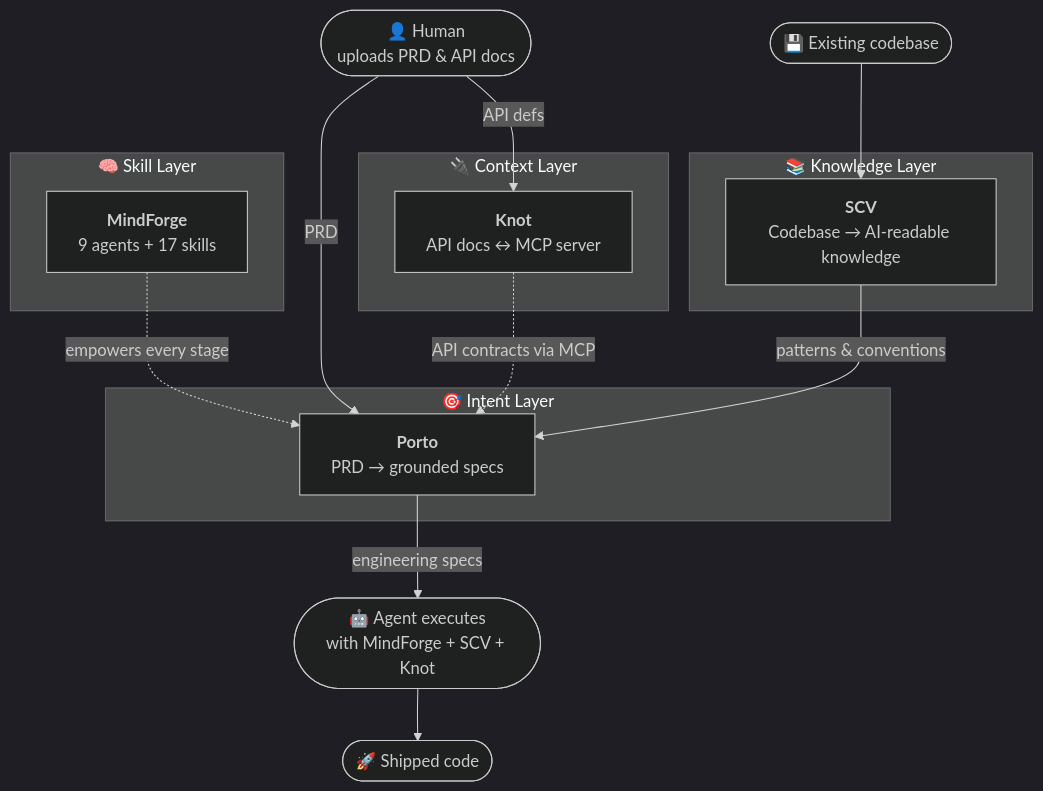
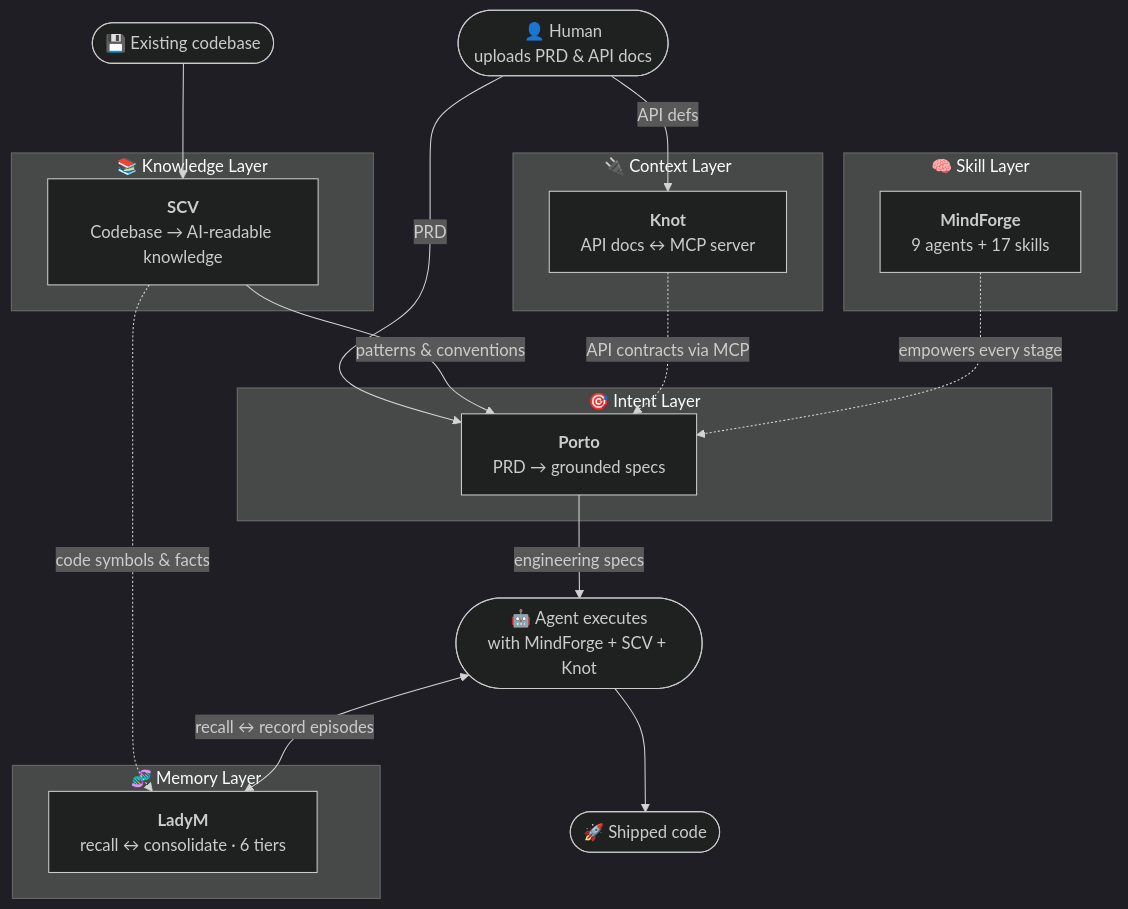
Before and after one commit to ProjAnvil/.github: the diagram in README.md, drawn with Mermaid (dark theme). The commit also changed other lines of this file and 1 other file, not shown here.

First line of the commit message:
docs: add LadyM (Memory Layer) to org profile and repo READMEs

````diff
--- a/README.md
+++ b/README.md
@@ -53,26 +53,31 @@
 ```mermaid
 flowchart TB
     Human(["👤 Human<br/>uploads PRD & API docs"])
 
     subgraph Intent["🎯 Intent Layer"]
         Porto["<b>Porto</b><br/>PRD → grounded specs"]
     end
     subgraph Knowledge["📚 Knowledge Layer"]
         SCV["<b>SCV</b><br/>Codebase → AI-readable knowledge"]
     end
     subgraph Context["🔌 Context Layer"]
         Knot["<b>Knot</b><br/>API docs ↔ MCP server"]
     end
+    subgraph Memory["🧬 Memory Layer"]
+        LadyM["<b>LadyM</b><br/>recall ↔ consolidate · 6 tiers"]
+    end
     subgraph Skill["🧠 Skill Layer"]
         MindForge["<b>MindForge</b><br/>9 agents + 17 skills"]
     end
 
     Code(["💾 Existing codebase"]) --> SCV
     Human -->|PRD| Porto
     Human -->|API defs| Knot
     SCV -->|patterns & conventions| Porto
     Knot -.->|API contracts via MCP| Porto
+    SCV -.->|code symbols & facts| LadyM
     MindForge -.->|empowers every stage| Porto
     Porto -->|engineering specs| AgentExec(["🤖 Agent executes<br/>with MindForge + SCV + Knot"])
+    AgentExec <-->|recall ↔ record episodes| LadyM
     AgentExec --> Shipped(["🚀 Shipped code"])
 ```
````
